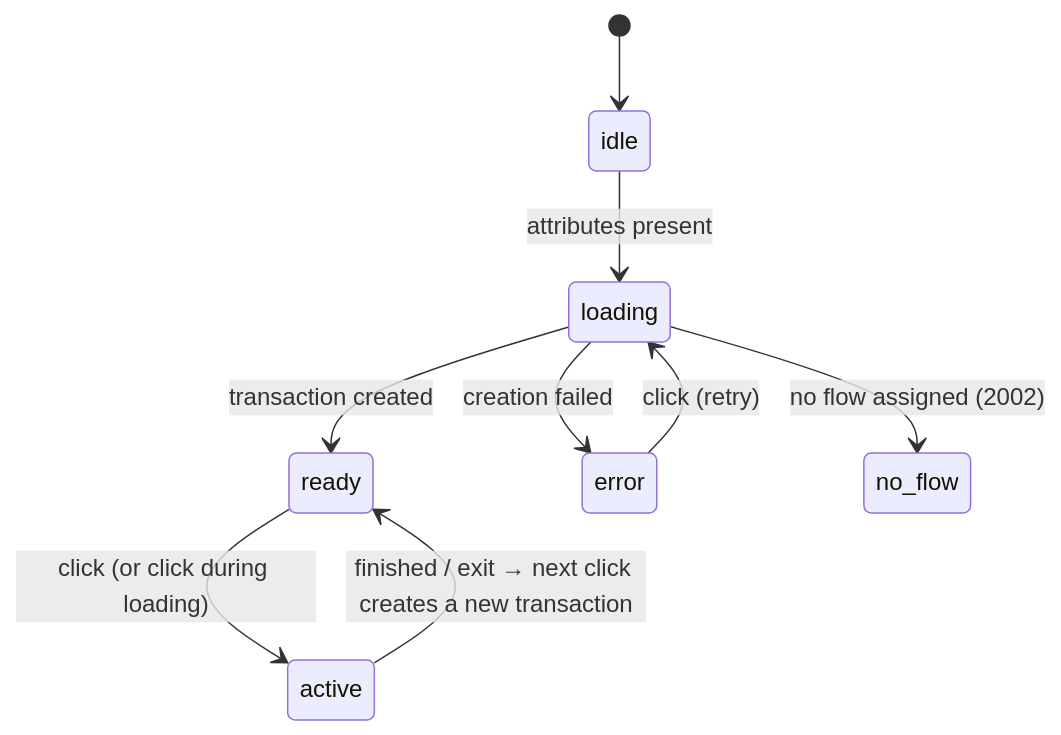
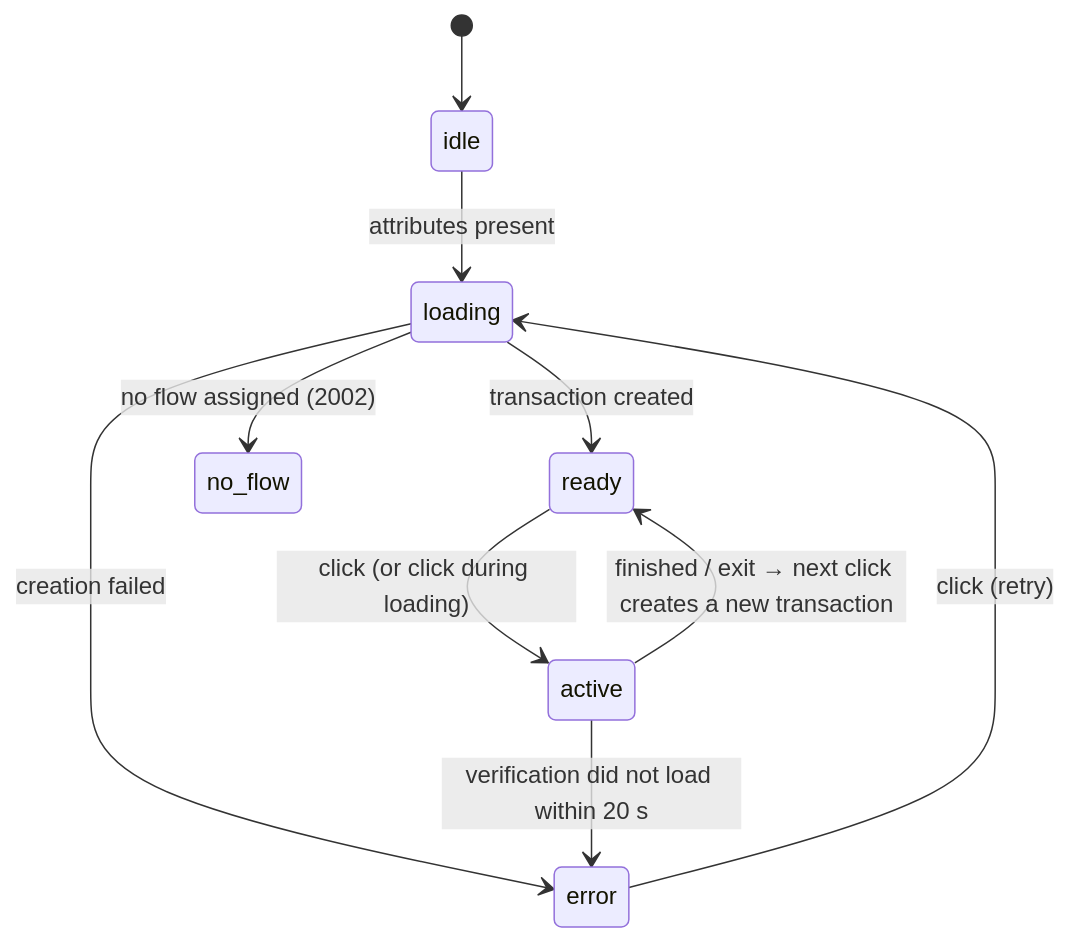
Before and after one commit to tekbees/unicus-docs: the diagram in unicus/sdk-web-v5/button-reference.md, drawn with Mermaid. The commit also changed other lines of this file and 33 other files, not shown here.

````diff
--- a/unicus/sdk-web-v5/button-reference.md
+++ b/unicus/sdk-web-v5/button-reference.md
@@ -31,11 +38,12 @@
 ```mermaid
 stateDiagram-v2
   [*] --> idle
   idle --> loading: attributes present
   loading --> ready: transaction created
   loading --> error: creation failed
   loading --> no_flow: no flow assigned (2002)
   ready --> active: click (or click during loading)
   active --> ready: finished / exit → next click creates a new transaction
+  active --> error: verification did not load within 20 s
   error --> loading: click (retry)
 ```
````
